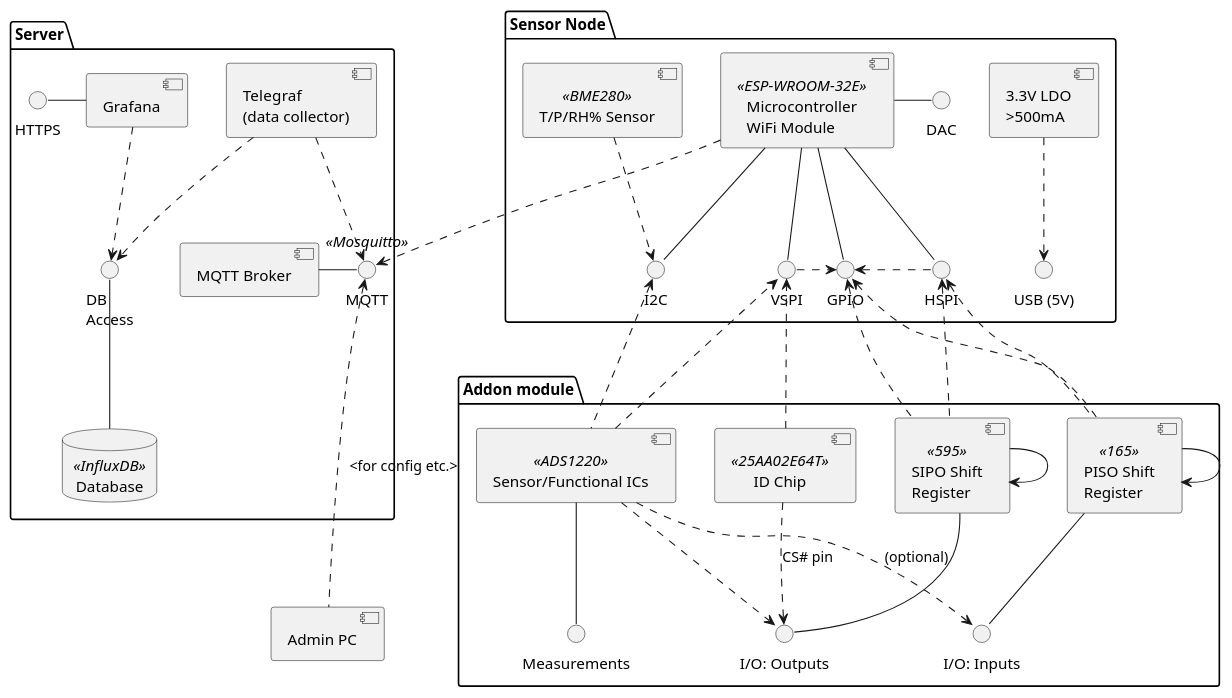
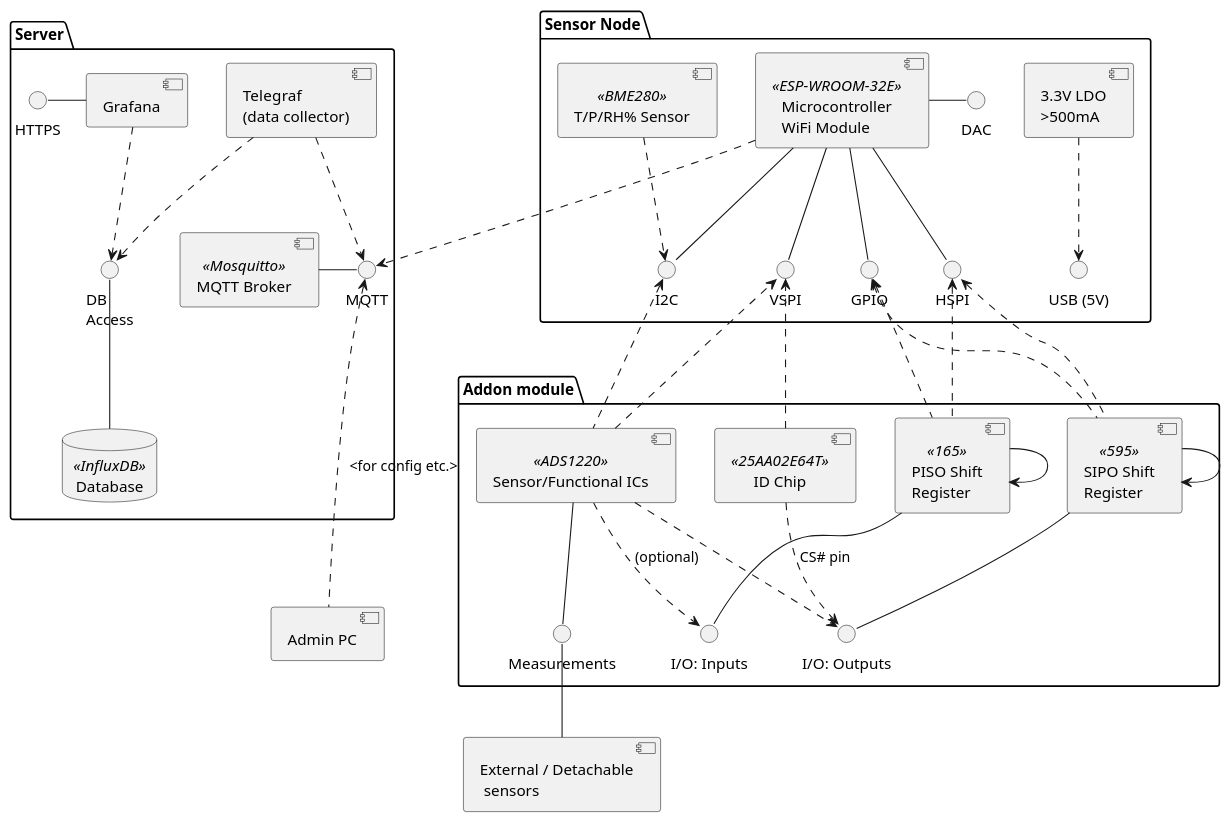
One commit to Tulitomaatti/mittari changed the diagram in docs/components.puml. Above: the diagram before and after it, drawn with PlantUML. The commit also changed 3 other files, not shown here.

Commit message:
Started component diagram for firmware.

```diff
--- a/docs/components.puml
+++ b/docs/components.puml
@@ -1,90 +1,93 @@
 @startuml
 
 package snode as "Sensor Node" {
     component esp32 as "Microcontroller\nWiFi Module" <<ESP-WROOM-32E>> 
     component ldo as "3.3V LDO\n>500mA"
     component BME280 as "T/P/RH% Sensor" <<BME280>> 
     interface USB as "USB (5V)"
     interface VSPI
     interface HSPI 
     interface I2C 
     interface DAC 
     interface GPIO 
 }
 
 package module as "Addon module" {
     component sipo_sr as "SIPO Shift\nRegister" <<595>>
     component piso_sr as "PISO Shift\nRegister" <<165>>
     component id_eeprom as "ID Chip" <<25AA02E64T>>
     component sensor as "Sensor/Functional ICs" <<ADS1220>> 
 
     interface measurement as "Measurements"
     interface module_inputs as "I/O: Inputs"
     interface module_outputs as "I/O: Outputs"
 }
 
+component ext_sensors as "External / Detachable\n sensors"
+
 
 package server as "Server" {
-    component mqtt_broker as "MQTT Broker"
-    interface mqtt as "MQTT" <<Mosquitto>> 
+    component mqtt_broker as "MQTT Broker" <<Mosquitto>> 
+    interface mqtt as "MQTT" 
 
     component telegraf as "Telegraf\n(data collector)"
     database db as "Database" <<InfluxDB>>
     interface influx as "DB\nAccess"
 
     component grafana as "Grafana"
     interface HTTPS 
 }
 
 component pc as "Admin PC"
 
 
 telegraf ..> mqtt 
 telegraf ..> influx 
 grafana ..> influx 
 grafana -left- HTTPS 
 ldo .d.> USB  
 esp32 ..> mqtt
 esp32 -d- VSPI
 esp32 -- HSPI
 esp32 -- I2C 
 esp32 -r- DAC
 esp32 -- GPIO
-BME280 ..> I2C
+BME280 .r.> I2C
 mqtt_broker - mqtt 
 db -up- influx
 
 piso_sr -d- module_inputs
 sipo_sr -d- module_outputs
 HSPI <.. sipo_sr
 HSPI <.. piso_sr
 GPIO <.. piso_sr  
 GPIO <.. sipo_sr
 sipo_sr --> sipo_sr
 piso_sr --> piso_sr
 
 
 id_eeprom ..> module_outputs : CS# pin 
 id_eeprom ..> VSPI
 
 sensor ..> VSPI 
 sensor ..> module_outputs
 sensor ..> module_inputs : (optional)
 sensor -d- measurement
 sensor .u.> I2C
+ext_sensors -u- measurement
 
 pc .up..> mqtt : <for config etc.> 
 
 'Tuning 
 piso_sr <-[hidden] sensor
 DAC <-[hidden] ldo
 BME280 <-[hidden] ldo
 I2C <-[hidden] GPIO
 
-GPIO <.right. HSPI
-GPIO <.left. VSPI
+'GPIO <.right. HSPI
+'GPIO <.left. VSPI
 
 ' Doesn't seem to play nicely layout-wise: 
 'snode "1" --o "0..*" module
 
 @enduml
```
